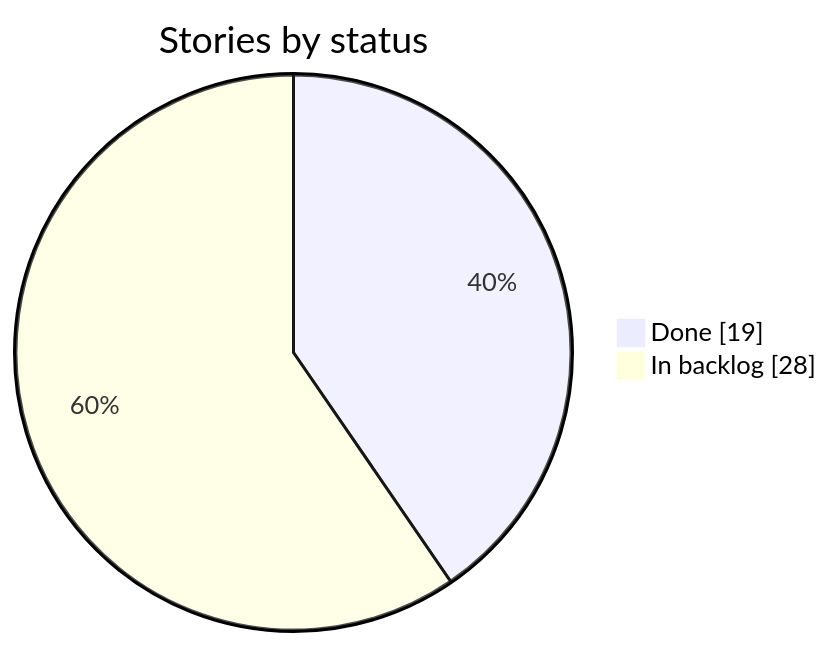
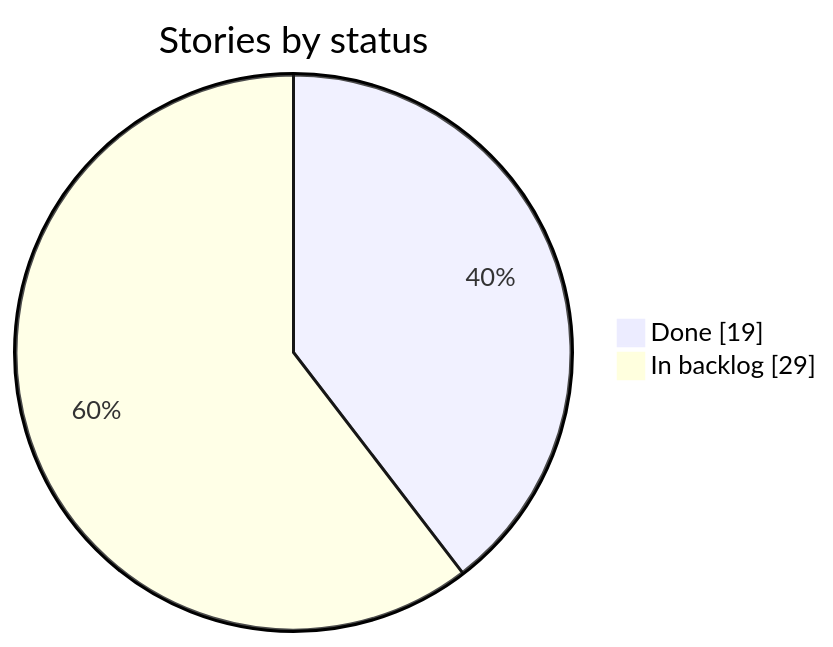
Before and after one commit to carloshumbertoreyesortiz/agentic-sdlc-pilot: the second of 2 diagrams in DASHBOARD.md, drawn with Mermaid. The commit also changed other lines of this file, not shown here.

````diff
--- a/DASHBOARD.md
+++ b/DASHBOARD.md
@@ -45,6 +45,6 @@
 ```mermaid
 pie showData
     title Stories by status
     "Done" : 19
-    "In backlog" : 28
+    "In backlog" : 29
 ```
````
